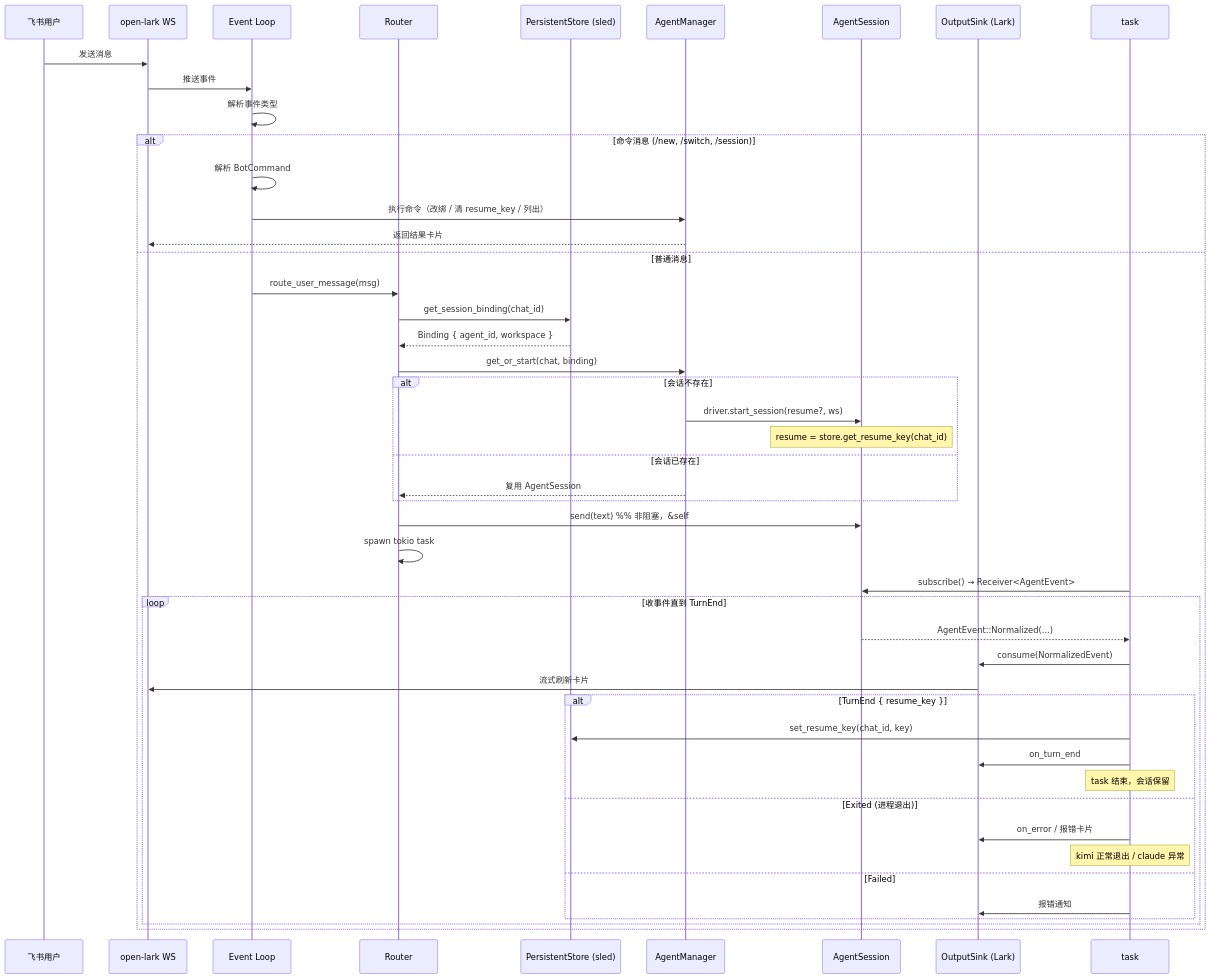
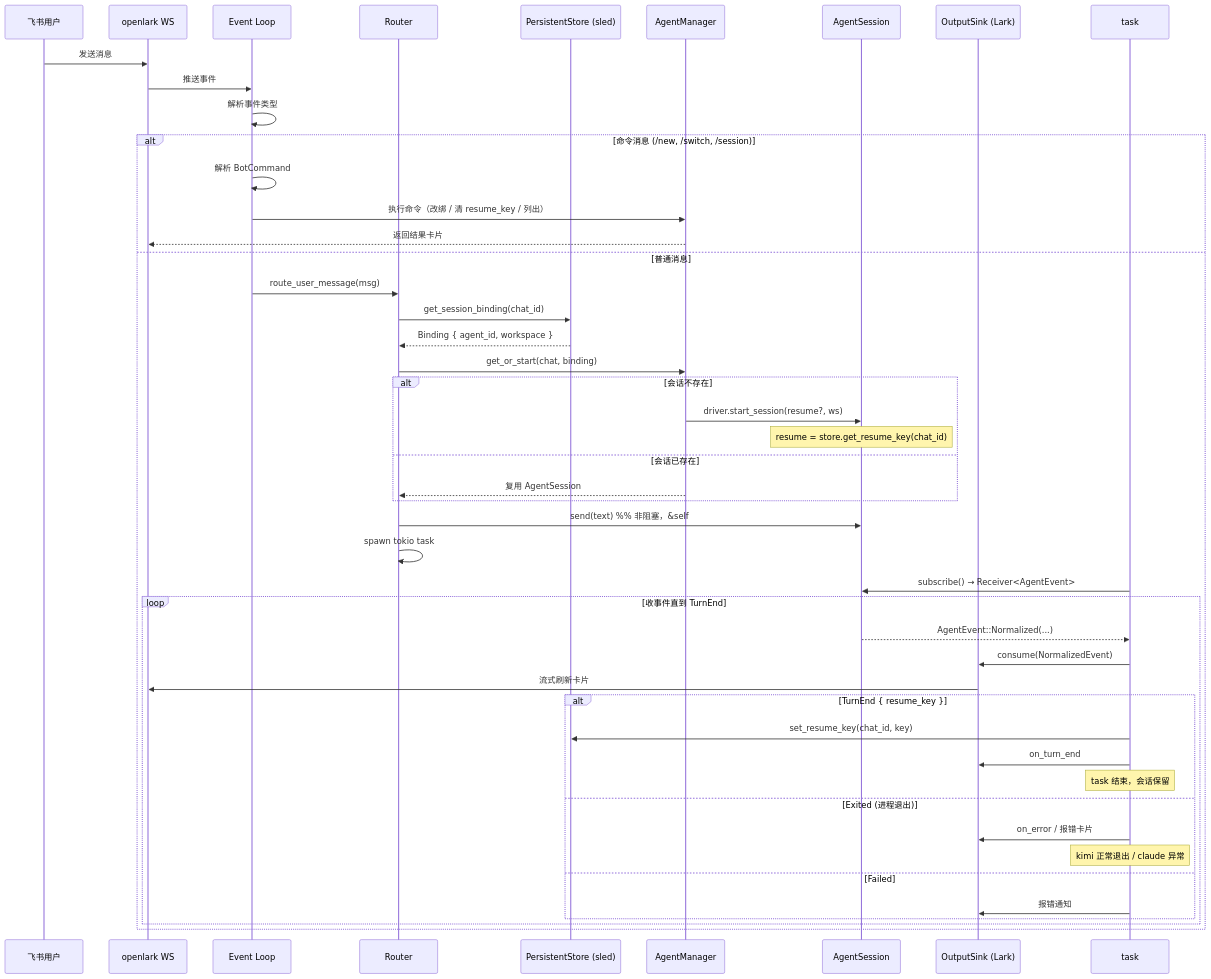
Before and after one commit to bzlir/deapbox: the second of 6 diagrams in docs/ARCHITECTURE.md, drawn with Mermaid. The commit also changed other lines of this file and 5 other files, not shown here.

First line of the commit message:
TES-96: migrate deapbox-lark SDK to foxzool/openlark 0.20.0

````diff
--- a/docs/ARCHITECTURE.md
+++ b/docs/ARCHITECTURE.md
@@ -85,54 +85,54 @@
 ```mermaid
 sequenceDiagram
     participant User as 飞书用户
-    participant Lark as open-lark WS
+    participant Lark as openlark WS
     participant Event as Event Loop
     participant Router as Router
     participant Store as PersistentStore (sled)
     participant Mgr as AgentManager
     participant Sess as AgentSession
     participant Sink as OutputSink (Lark)
 
     User->>Lark: 发送消息
     Lark->>Event: 推送事件
     Event->>Event: 解析事件类型
 
     alt 命令消息 (/new, /switch, /session)
         Event->>Event: 解析 BotCommand
         Event->>Mgr: 执行命令（改绑 / 清 resume_key / 列出）
         Mgr-->>Lark: 返回结果卡片
     else 普通消息
         Event->>Router: route_user_message(msg)
         Router->>Store: get_session_binding(chat_id)
         Store-->>Router: Binding { agent_id, workspace }
         Router->>Mgr: get_or_start(chat, binding)
 
         alt 会话不存在
             Mgr->>Sess: driver.start_session(resume?, ws)
             Note over Sess: resume = store.get_resume_key(chat_id)
         else 会话已存在
             Mgr-->>Router: 复用 AgentSession
         end
 
         Router->>Sess: send(text)   %% 非阻塞，&self
         Router->>Router: spawn tokio task
         task->>Sess: subscribe() → Receiver<AgentEvent>
 
         loop 收事件直到 TurnEnd
             Sess-->>task: AgentEvent::Normalized(...)
             task->>Sink: consume(NormalizedEvent)
             Sink->>Lark: 流式刷新卡片
 
             alt TurnEnd { resume_key }
                 task->>Store: set_resume_key(chat_id, key)
                 task->>Sink: on_turn_end
                 Note over task: task 结束，会话保留
             else Exited (进程退出)
                 task->>Sink: on_error / 报错卡片
                 Note over task: kimi 正常退出 / claude 异常
             else Failed
                 task->>Sink: 报错通知
             end
         end
     end
 ```
````
